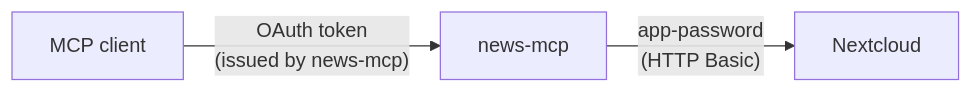
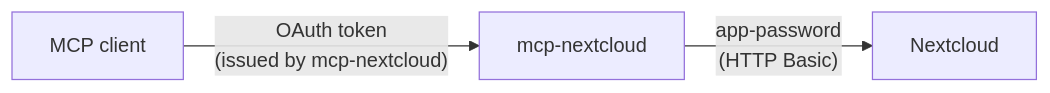
Before and after one commit to mrdev023/mcp-nextcloud: the first of 2 diagrams in docs/standalone.md, drawn with Mermaid. The commit also changed other lines of this file and 7 other files, not shown here.

First line of the commit message:
docs: Rename the project to mcp-nextcloud

````diff
--- a/docs/standalone.md
+++ b/docs/standalone.md
@@ -5,5 +5,5 @@
 ```mermaid
 flowchart LR
-    C[MCP client] -- "OAuth token<br/>(issued by news-mcp)" --> M[news-mcp]
+    C[MCP client] -- "OAuth token<br/>(issued by mcp-nextcloud)" --> M[mcp-nextcloud]
     M -- "app-password<br/>(HTTP Basic)" --> N[Nextcloud]
 ```
````
